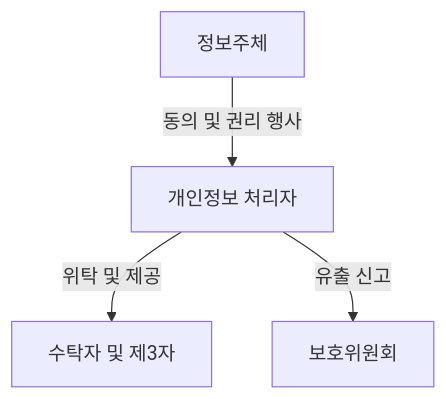
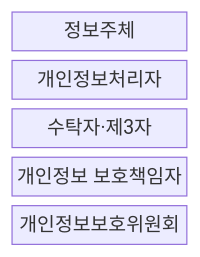
The first of 2 diagrams in src/content/docs/notes/07-law-policy/022_personal_information_protection_act.md (agnusdei1207/knowledge-base), drawn with Mermaid before and after one commit. The commit also changed other lines of this file and 9 other files, not shown here.

````diff
--- a/src/content/docs/notes/07-law-policy/022_personal_information_protection_act.md
+++ b/src/content/docs/notes/07-law-policy/022_personal_information_protection_act.md
@@ -55,6 +51,9 @@
 ```mermaid
-flowchart TD
-    정보주체["정보주체"] -- 동의 및 권리 행사 --> 개인정보_처리자["개인정보 처리자"]
-    개인정보_처리자 -- 위탁 및 제공 --> 수탁자_및_제3자["수탁자 및 제3자"]
-    개인정보_처리자 -- 유출 신고 --> 보호위원회["보호위원회"]
+block-beta
+    columns 1
+    A["정보주체"]
+    B["개인정보처리자"]
+    C["수탁자·제3자"]
+    D["개인정보 보호책임자"]
+    E["개인정보보호위원회"]
 ```
````
